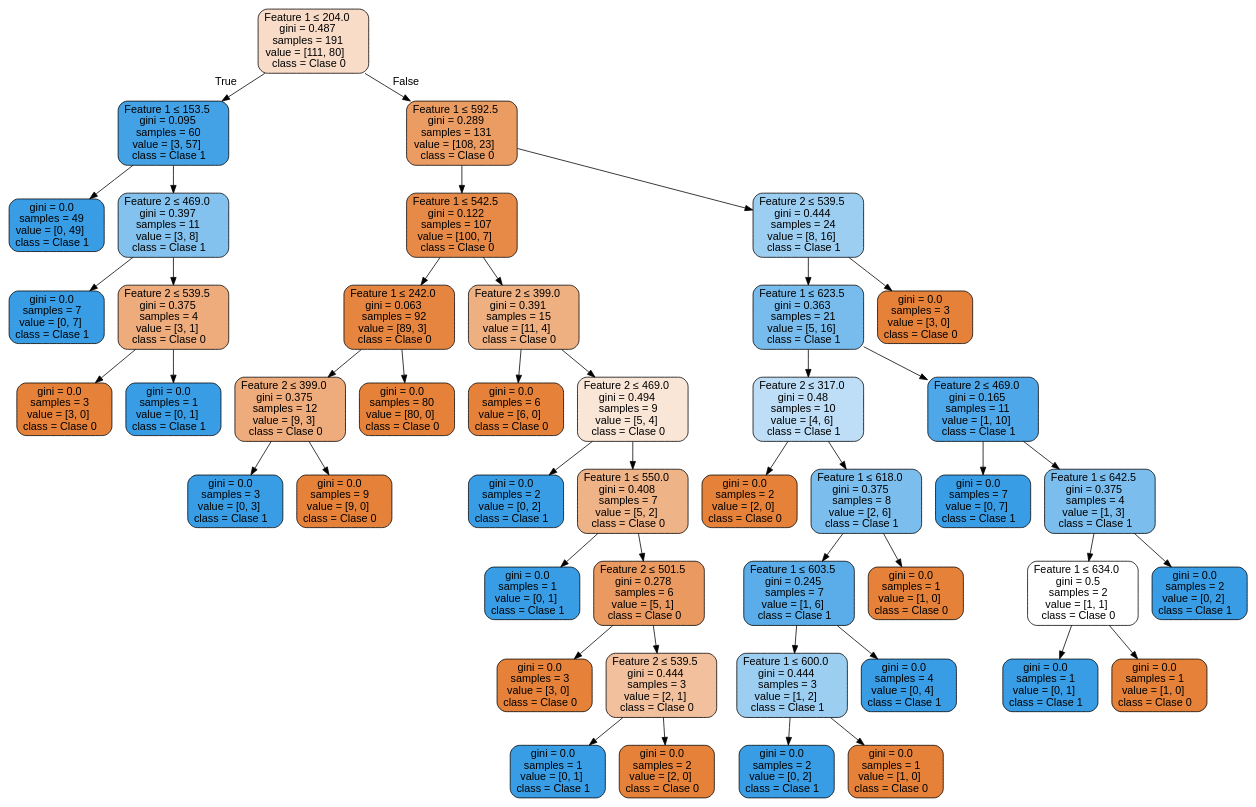
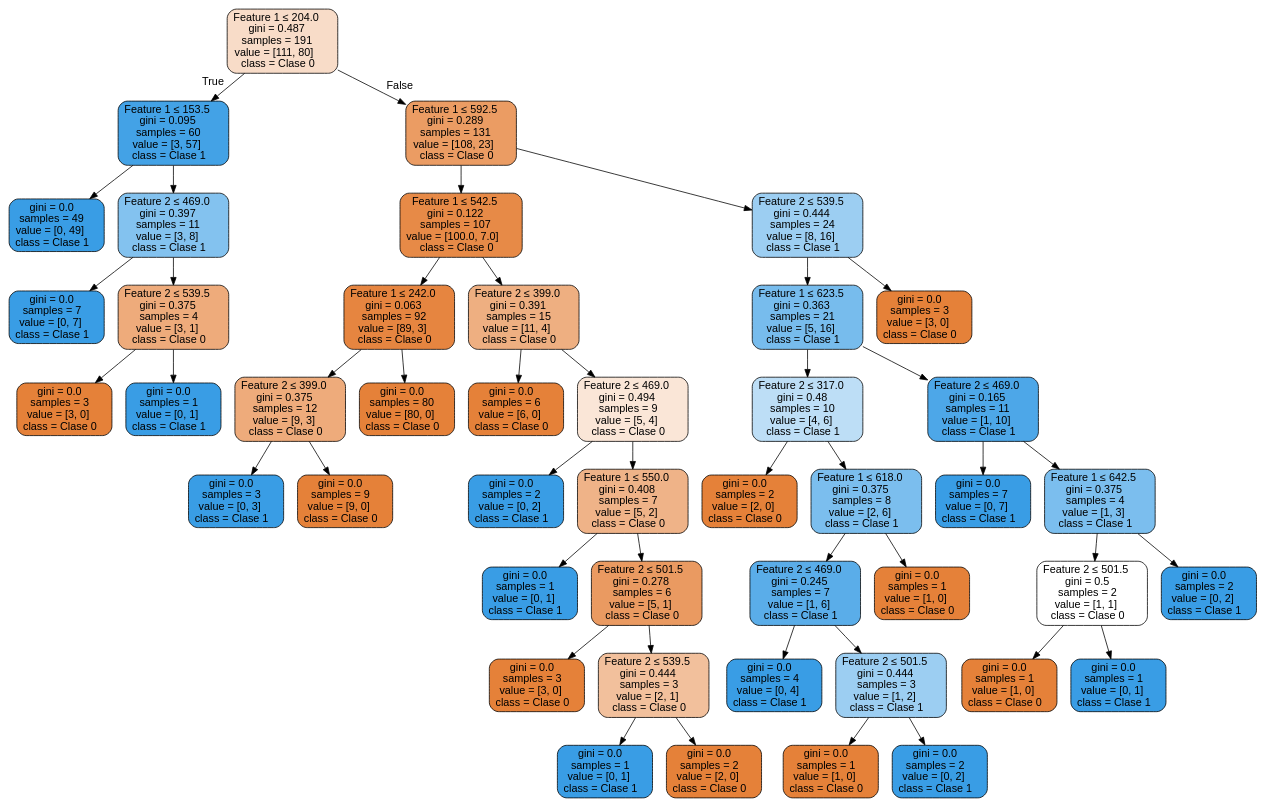
The diagram in code/Source.gv (eAlcaraz85/IA.io), drawn with Graphviz before and after one commit. The commit also changed 7 other files, not shown here.

```diff
--- a/code/Source.gv
+++ b/code/Source.gv
@@ -1,93 +1,93 @@
 digraph Tree {
 node [shape=box, style="filled, rounded", color="black", fontname="helvetica"] ;
 edge [fontname="helvetica"] ;
 0 [label=<Feature 1 &le; 204.0<br/>gini = 0.487<br/>samples = 191<br/>value = [111, 80]<br/>class = Clase 0>, fillcolor="#f8dcc8"] ;
 1 [label=<Feature 1 &le; 153.5<br/>gini = 0.095<br/>samples = 60<br/>value = [3, 57]<br/>class = Clase 1>, fillcolor="#43a2e6"] ;
 0 -> 1 [labeldistance=2.5, labelangle=45, headlabel="True"] ;
 2 [label=<gini = 0.0<br/>samples = 49<br/>value = [0, 49]<br/>class = Clase 1>, fillcolor="#399de5"] ;
 1 -> 2 ;
 3 [label=<Feature 2 &le; 469.0<br/>gini = 0.397<br/>samples = 11<br/>value = [3, 8]<br/>class = Clase 1>, fillcolor="#83c2ef"] ;
 1 -> 3 ;
 4 [label=<gini = 0.0<br/>samples = 7<br/>value = [0, 7]<br/>class = Clase 1>, fillcolor="#399de5"] ;
 3 -> 4 ;
 5 [label=<Feature 2 &le; 539.5<br/>gini = 0.375<br/>samples = 4<br/>value = [3, 1]<br/>class = Clase 0>, fillcolor="#eeab7b"] ;
 3 -> 5 ;
 6 [label=<gini = 0.0<br/>samples = 3<br/>value = [3, 0]<br/>class = Clase 0>, fillcolor="#e58139"] ;
 5 -> 6 ;
 7 [label=<gini = 0.0<br/>samples = 1<br/>value = [0, 1]<br/>class = Clase 1>, fillcolor="#399de5"] ;
 5 -> 7 ;
 8 [label=<Feature 1 &le; 592.5<br/>gini = 0.289<br/>samples = 131<br/>value = [108, 23]<br/>class = Clase 0>, fillcolor="#eb9c63"] ;
 0 -> 8 [labeldistance=2.5, labelangle=-45, headlabel="False"] ;
-9 [label=<Feature 1 &le; 542.5<br/>gini = 0.122<br/>samples = 107<br/>value = [100, 7]<br/>class = Clase 0>, fillcolor="#e78a47"] ;
+9 [label=<Feature 1 &le; 542.5<br/>gini = 0.122<br/>samples = 107<br/>value = [100.0, 7.0]<br/>class = Clase 0>, fillcolor="#e78a47"] ;
 8 -> 9 ;
 10 [label=<Feature 1 &le; 242.0<br/>gini = 0.063<br/>samples = 92<br/>value = [89, 3]<br/>class = Clase 0>, fillcolor="#e68540"] ;
 9 -> 10 ;
 11 [label=<Feature 2 &le; 399.0<br/>gini = 0.375<br/>samples = 12<br/>value = [9, 3]<br/>class = Clase 0>, fillcolor="#eeab7b"] ;
 10 -> 11 ;
 12 [label=<gini = 0.0<br/>samples = 3<br/>value = [0, 3]<br/>class = Clase 1>, fillcolor="#399de5"] ;
 11 -> 12 ;
 13 [label=<gini = 0.0<br/>samples = 9<br/>value = [9, 0]<br/>class = Clase 0>, fillcolor="#e58139"] ;
 11 -> 13 ;
 14 [label=<gini = 0.0<br/>samples = 80<br/>value = [80, 0]<br/>class = Clase 0>, fillcolor="#e58139"] ;
 10 -> 14 ;
 15 [label=<Feature 2 &le; 399.0<br/>gini = 0.391<br/>samples = 15<br/>value = [11, 4]<br/>class = Clase 0>, fillcolor="#eeaf81"] ;
 9 -> 15 ;
 16 [label=<gini = 0.0<br/>samples = 6<br/>value = [6, 0]<br/>class = Clase 0>, fillcolor="#e58139"] ;
 15 -> 16 ;
 17 [label=<Feature 2 &le; 469.0<br/>gini = 0.494<br/>samples = 9<br/>value = [5, 4]<br/>class = Clase 0>, fillcolor="#fae6d7"] ;
 15 -> 17 ;
 18 [label=<gini = 0.0<br/>samples = 2<br/>value = [0, 2]<br/>class = Clase 1>, fillcolor="#399de5"] ;
 17 -> 18 ;
 19 [label=<Feature 1 &le; 550.0<br/>gini = 0.408<br/>samples = 7<br/>value = [5, 2]<br/>class = Clase 0>, fillcolor="#efb388"] ;
 17 -> 19 ;
 20 [label=<gini = 0.0<br/>samples = 1<br/>value = [0, 1]<br/>class = Clase 1>, fillcolor="#399de5"] ;
 19 -> 20 ;
 21 [label=<Feature 2 &le; 501.5<br/>gini = 0.278<br/>samples = 6<br/>value = [5, 1]<br/>class = Clase 0>, fillcolor="#ea9a61"] ;
 19 -> 21 ;
 22 [label=<gini = 0.0<br/>samples = 3<br/>value = [3, 0]<br/>class = Clase 0>, fillcolor="#e58139"] ;
 21 -> 22 ;
 23 [label=<Feature 2 &le; 539.5<br/>gini = 0.444<br/>samples = 3<br/>value = [2, 1]<br/>class = Clase 0>, fillcolor="#f2c09c"] ;
 21 -> 23 ;
 24 [label=<gini = 0.0<br/>samples = 1<br/>value = [0, 1]<br/>class = Clase 1>, fillcolor="#399de5"] ;
 23 -> 24 ;
 25 [label=<gini = 0.0<br/>samples = 2<br/>value = [2, 0]<br/>class = Clase 0>, fillcolor="#e58139"] ;
 23 -> 25 ;
 26 [label=<Feature 2 &le; 539.5<br/>gini = 0.444<br/>samples = 24<br/>value = [8, 16]<br/>class = Clase 1>, fillcolor="#9ccef2"] ;
 8 -> 26 ;
 27 [label=<Feature 1 &le; 623.5<br/>gini = 0.363<br/>samples = 21<br/>value = [5, 16]<br/>class = Clase 1>, fillcolor="#77bced"] ;
 26 -> 27 ;
 28 [label=<Feature 2 &le; 317.0<br/>gini = 0.48<br/>samples = 10<br/>value = [4, 6]<br/>class = Clase 1>, fillcolor="#bddef6"] ;
 27 -> 28 ;
 29 [label=<gini = 0.0<br/>samples = 2<br/>value = [2, 0]<br/>class = Clase 0>, fillcolor="#e58139"] ;
 28 -> 29 ;
 30 [label=<Feature 1 &le; 618.0<br/>gini = 0.375<br/>samples = 8<br/>value = [2, 6]<br/>class = Clase 1>, fillcolor="#7bbeee"] ;
 28 -> 30 ;
-31 [label=<Feature 1 &le; 603.5<br/>gini = 0.245<br/>samples = 7<br/>value = [1, 6]<br/>class = Clase 1>, fillcolor="#5aade9"] ;
+31 [label=<Feature 2 &le; 469.0<br/>gini = 0.245<br/>samples = 7<br/>value = [1, 6]<br/>class = Clase 1>, fillcolor="#5aade9"] ;
 30 -> 31 ;
-32 [label=<Feature 1 &le; 600.0<br/>gini = 0.444<br/>samples = 3<br/>value = [1, 2]<br/>class = Clase 1>, fillcolor="#9ccef2"] ;
+32 [label=<gini = 0.0<br/>samples = 4<br/>value = [0, 4]<br/>class = Clase 1>, fillcolor="#399de5"] ;
 31 -> 32 ;
-33 [label=<gini = 0.0<br/>samples = 2<br/>value = [0, 2]<br/>class = Clase 1>, fillcolor="#399de5"] ;
-32 -> 33 ;
+33 [label=<Feature 2 &le; 501.5<br/>gini = 0.444<br/>samples = 3<br/>value = [1, 2]<br/>class = Clase 1>, fillcolor="#9ccef2"] ;
+31 -> 33 ;
 34 [label=<gini = 0.0<br/>samples = 1<br/>value = [1, 0]<br/>class = Clase 0>, fillcolor="#e58139"] ;
-32 -> 34 ;
-35 [label=<gini = 0.0<br/>samples = 4<br/>value = [0, 4]<br/>class = Clase 1>, fillcolor="#399de5"] ;
-31 -> 35 ;
+33 -> 34 ;
+35 [label=<gini = 0.0<br/>samples = 2<br/>value = [0, 2]<br/>class = Clase 1>, fillcolor="#399de5"] ;
+33 -> 35 ;
 36 [label=<gini = 0.0<br/>samples = 1<br/>value = [1, 0]<br/>class = Clase 0>, fillcolor="#e58139"] ;
 30 -> 36 ;
 37 [label=<Feature 2 &le; 469.0<br/>gini = 0.165<br/>samples = 11<br/>value = [1, 10]<br/>class = Clase 1>, fillcolor="#4da7e8"] ;
 27 -> 37 ;
 38 [label=<gini = 0.0<br/>samples = 7<br/>value = [0, 7]<br/>class = Clase 1>, fillcolor="#399de5"] ;
 37 -> 38 ;
 39 [label=<Feature 1 &le; 642.5<br/>gini = 0.375<br/>samples = 4<br/>value = [1, 3]<br/>class = Clase 1>, fillcolor="#7bbeee"] ;
 37 -> 39 ;
-40 [label=<Feature 1 &le; 634.0<br/>gini = 0.5<br/>samples = 2<br/>value = [1, 1]<br/>class = Clase 0>, fillcolor="#ffffff"] ;
+40 [label=<Feature 2 &le; 501.5<br/>gini = 0.5<br/>samples = 2<br/>value = [1, 1]<br/>class = Clase 0>, fillcolor="#ffffff"] ;
 39 -> 40 ;
-41 [label=<gini = 0.0<br/>samples = 1<br/>value = [0, 1]<br/>class = Clase 1>, fillcolor="#399de5"] ;
+41 [label=<gini = 0.0<br/>samples = 1<br/>value = [1, 0]<br/>class = Clase 0>, fillcolor="#e58139"] ;
 40 -> 41 ;
-42 [label=<gini = 0.0<br/>samples = 1<br/>value = [1, 0]<br/>class = Clase 0>, fillcolor="#e58139"] ;
+42 [label=<gini = 0.0<br/>samples = 1<br/>value = [0, 1]<br/>class = Clase 1>, fillcolor="#399de5"] ;
 40 -> 42 ;
 43 [label=<gini = 0.0<br/>samples = 2<br/>value = [0, 2]<br/>class = Clase 1>, fillcolor="#399de5"] ;
 39 -> 43 ;
 44 [label=<gini = 0.0<br/>samples = 3<br/>value = [3, 0]<br/>class = Clase 0>, fillcolor="#e58139"] ;
 26 -> 44 ;
 }
```
